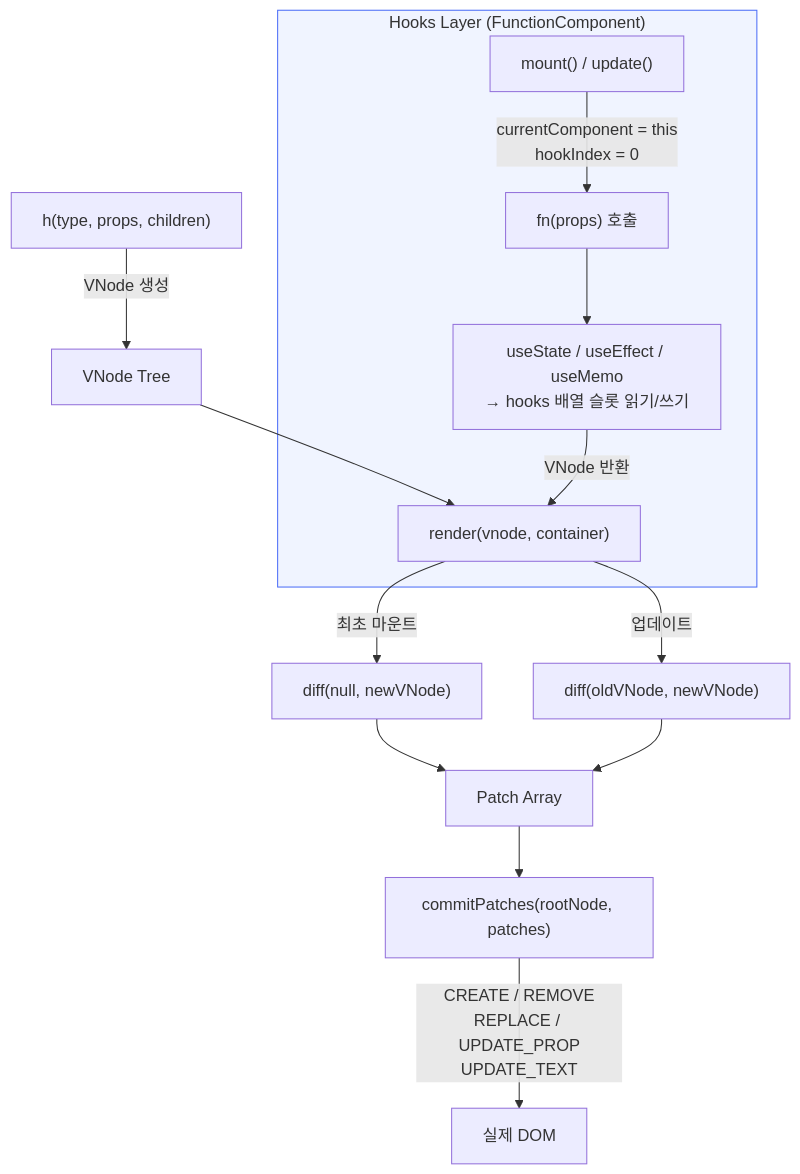
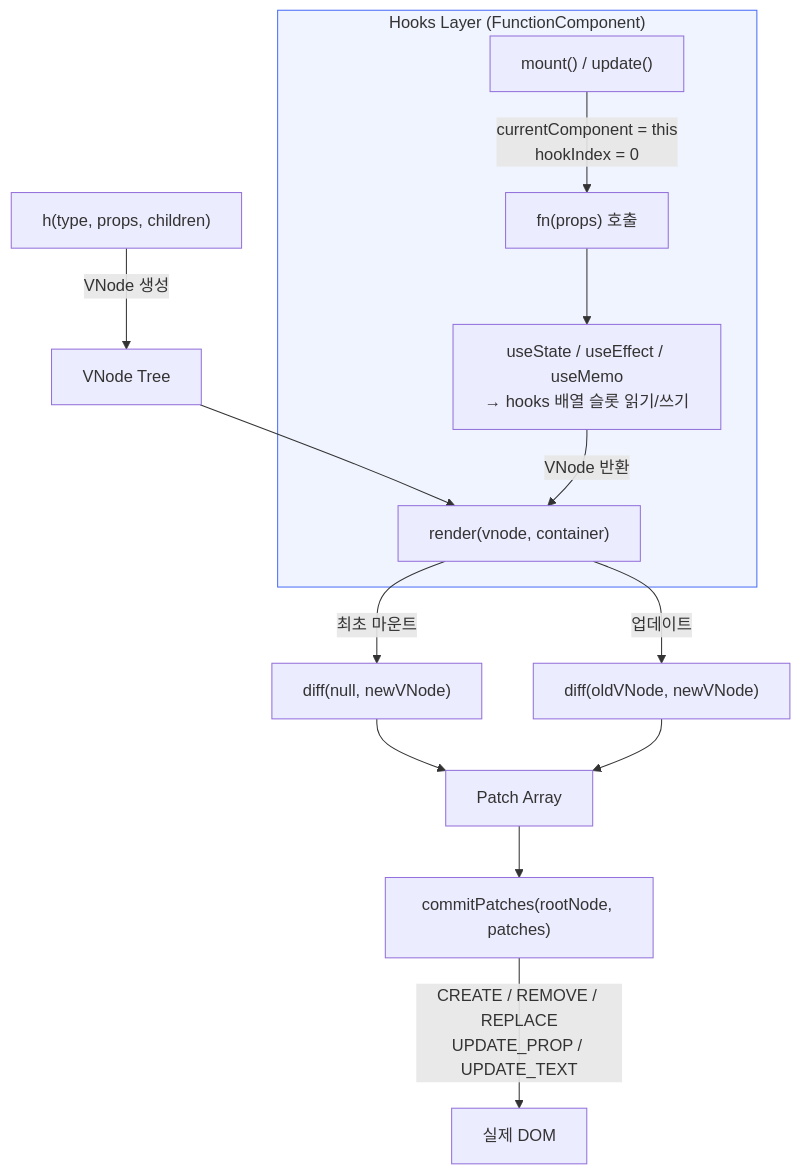
One commit to Jungle-12-303/week5.5_react changed the first of 10 diagrams in README.md. Above: the diagram before and after it, drawn with Mermaid. The commit also changed other lines of this file, not shown here.

````diff
--- a/README.md
+++ b/README.md
@@ -54,19 +49,19 @@
 ```mermaid
 flowchart TD
     A["h(type, props, children)"] -->|"VNode 생성"| B[VNode Tree]
     B --> C["render(vnode, container)"]
     C -->|"최초 마운트"| D["diff(null, newVNode)"]
     C -->|"업데이트"| E["diff(oldVNode, newVNode)"]
     D --> F[Patch Array]
     E --> F
     F --> G["commitPatches(rootNode, patches)"]
-    G -->|"CREATE / REMOVE<br>REPLACE / UPDATE_PROP<br>UPDATE_TEXT"| H[실제 DOM]
+    G -->|"CREATE / REMOVE / REPLACE<br>UPDATE_PROP / UPDATE_TEXT"| H[실제 DOM]
 
     subgraph hooks["Hooks Layer (FunctionComponent)"]
         I["mount() / update()"] -->|"currentComponent = this<br>hookIndex = 0"| J["fn(props) 호출"]
         J --> K["useState / useEffect / useMemo<br>→ hooks 배열 슬롯 읽기/쓰기"]
         K -->|"VNode 반환"| C
     end
 
     style hooks fill:#f0f4ff,stroke:#4a6cf7
 ```
````
